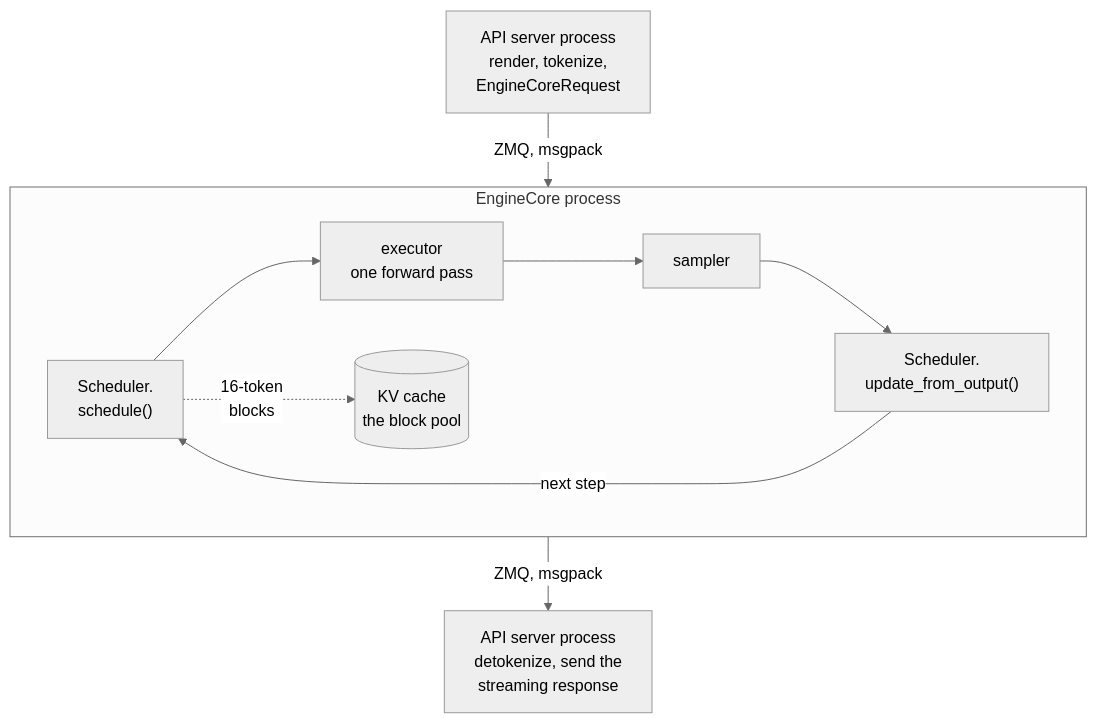
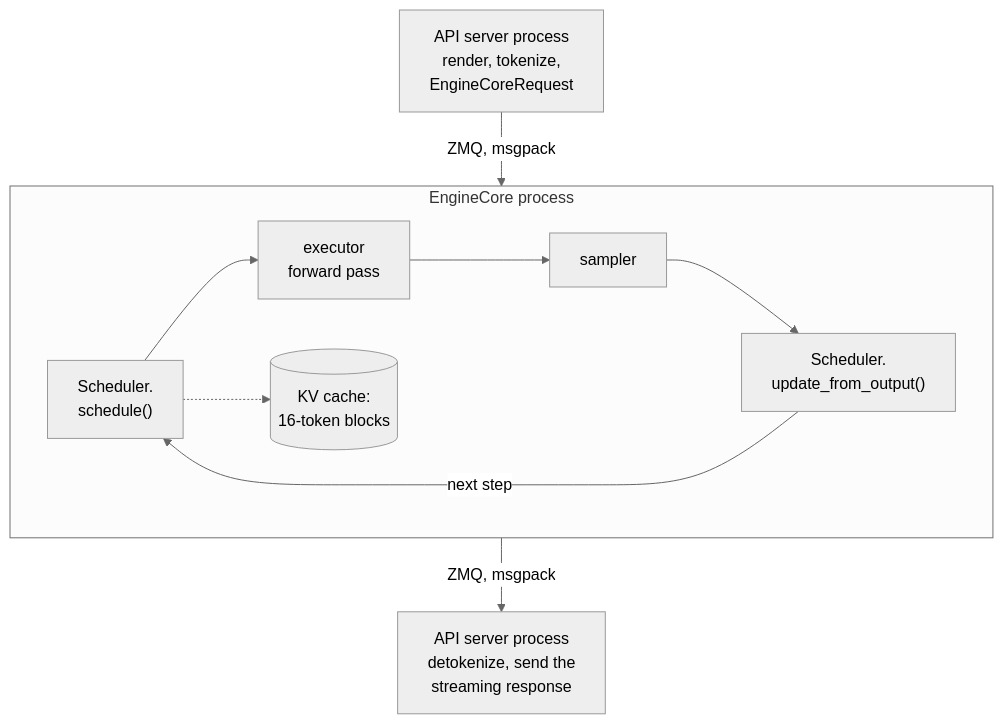
The first of 7 diagrams in 04-inference-engine/vllm-internals/vllm-internals-primer.md (aniryou/full-stack-agentic-engineer), drawn with Mermaid (neutral theme) before and after one commit. The commit also changed other lines of this file and 211 other files, not shown here.

````diff
--- a/04-inference-engine/vllm-internals/vllm-internals-primer.md
+++ b/04-inference-engine/vllm-internals/vllm-internals-primer.md
@@ -56,13 +56,13 @@
 ```mermaid
 flowchart TB
   R["API server process<br/>render, tokenize,<br/>EngineCoreRequest"] -->|"ZMQ, msgpack"| CORE
   subgraph CORE["EngineCore process"]
     direction LR
-    S["Scheduler.<br/>schedule()"] --> X["executor<br/>one forward pass"]
+    S["Scheduler.<br/>schedule()"] --> X["executor<br/>forward pass"]
     X --> P["sampler"]
     P --> U["Scheduler.<br/>update_from_output()"]
     U -->|"next step"| S
-    S -.->|"16-token<br/>blocks"| K[("KV cache<br/>the block pool")]
+    S -.-> K[("KV cache:<br/>16-token blocks")]
   end
   CORE -->|"ZMQ, msgpack"| O["API server process<br/>detokenize, send the<br/>streaming response"]
 ```
````
